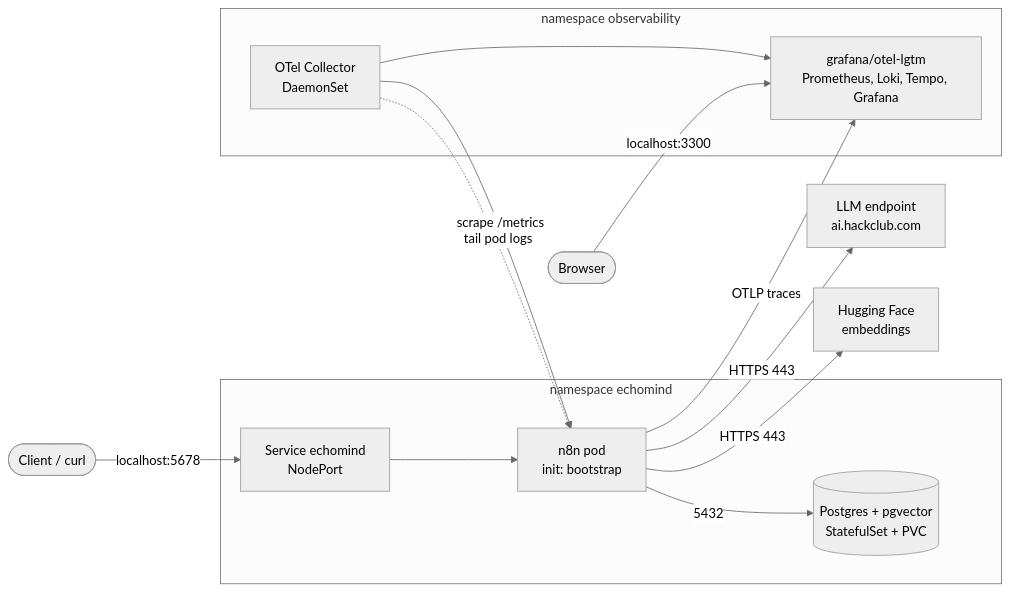
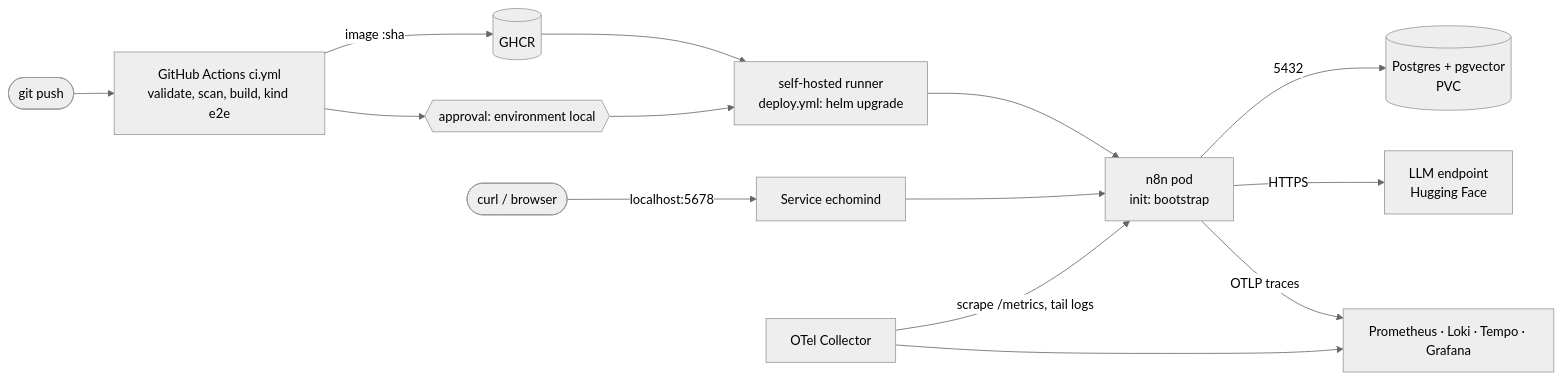
The diagram in docs/ARCHITECTURE.md (Pranav-1100/n8n-echomind), drawn with Mermaid (neutral theme) before and after one commit. The commit also changed other lines of this file and 26 other files, not shown here.

````diff
--- a/docs/ARCHITECTURE.md
+++ b/docs/ARCHITECTURE.md
@@ -21,17 +18,15 @@
 ```mermaid
 flowchart LR
-  user([Client / curl]) -->|localhost:5678| svc[Service echomind<br/>NodePort]
-  subgraph ns-echomind[namespace echomind]
-    svc --> n8n[n8n pod<br/>init: bootstrap]
-    n8n -->|5432| pg[(Postgres + pgvector<br/>StatefulSet + PVC)]
-  end
-  n8n -->|HTTPS 443| llm[LLM endpoint<br/>ai.hackclub.com]
-  n8n -->|HTTPS 443| hf[Hugging Face<br/>embeddings]
-  subgraph ns-obs[namespace observability]
-    otel[OTel Collector<br/>DaemonSet] --> lgtm[grafana/otel-lgtm<br/>Prometheus, Loki, Tempo, Grafana]
-  end
-  otel -->|scrape /metrics| n8n
-  otel -.->|tail pod logs| n8n
+  dev([git push]) --> ci[GitHub Actions ci.yml<br/>validate, scan, build, kind e2e]
+  ci -->|image :sha| ghcr[(GHCR)]
+  ci --> approve{{approval: environment local}}
+  approve --> runner[self-hosted runner<br/>deploy.yml: helm upgrade]
+  ghcr --> runner
+  runner --> n8n
+  user([curl / browser]) -->|localhost:5678| svc[Service echomind] --> n8n[n8n pod<br/>init: bootstrap]
+  n8n -->|5432| pg[(Postgres + pgvector<br/>PVC)]
+  n8n -->|HTTPS| ext[LLM endpoint<br/>Hugging Face]
+  otel[OTel Collector] -->|scrape /metrics, tail logs| n8n
+  otel --> lgtm[Prometheus · Loki · Tempo · Grafana]
   n8n -->|OTLP traces| lgtm
-  dev([Browser]) -->|localhost:3300| lgtm
 ```
````
